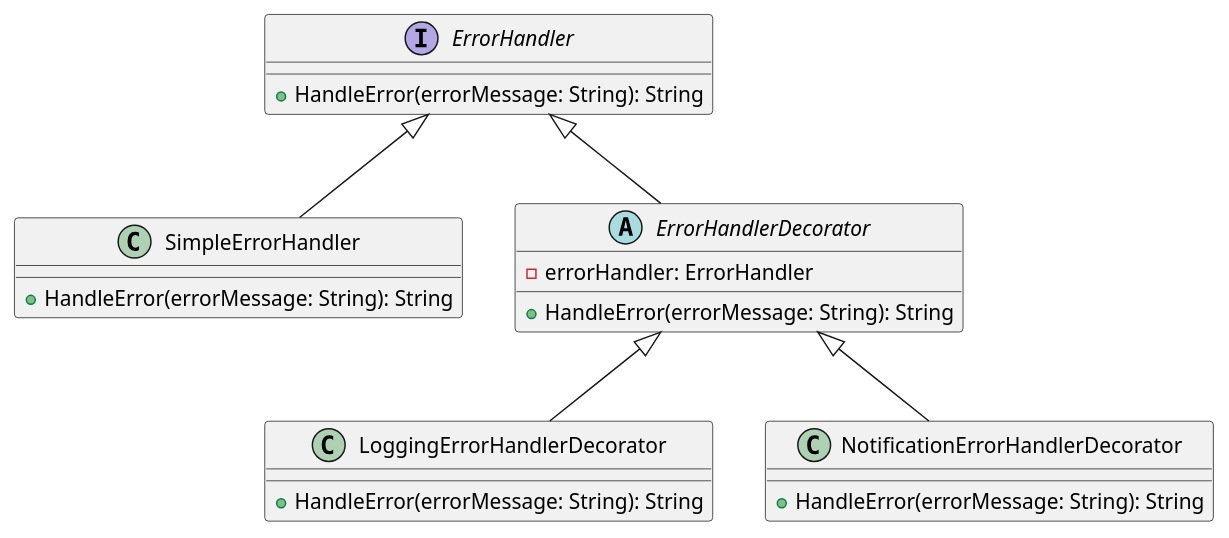
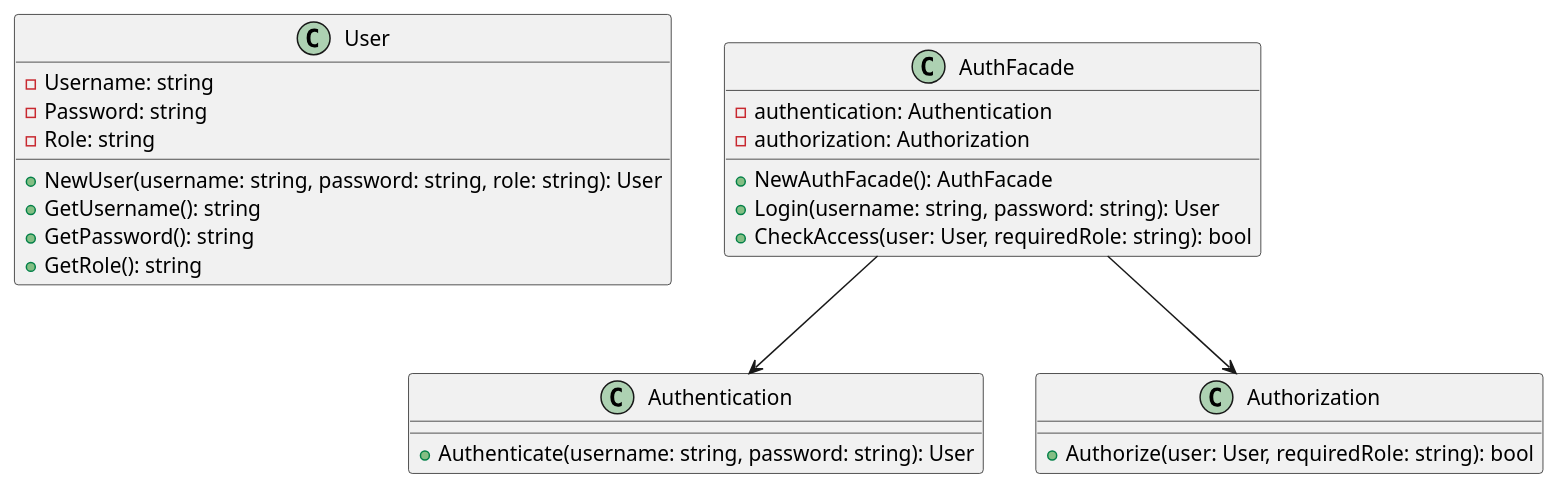
Before and after one commit to andrewovchinnikov/design-patterns: the diagram in klassifikaciya-patternov/structural-patterns/fasad-facade/primery/autentifikaciya-i-avtorizaciya/go.md, drawn with PlantUML. The commit also changed other lines of this file and 1 other file, not shown here.

````diff
--- a/klassifikaciya-patternov/structural-patterns/fasad-facade/primery/autentifikaciya-i-avtorizaciya/go.md
+++ b/klassifikaciya-patternov/structural-patterns/fasad-facade/primery/autentifikaciya-i-avtorizaciya/go.md
@@ -123,29 +130,34 @@
 ```plantuml
 @startuml
-interface ErrorHandler {
-    +HandleError(errorMessage: String): String
+
+class User {
+    -Username: string
+    -Password: string
+    -Role: string
+    +NewUser(username: string, password: string, role: string): User
+    +GetUsername(): string
+    +GetPassword(): string
+    +GetRole(): string
 }
 
-class SimpleErrorHandler {
-    +HandleError(errorMessage: String): String
+class Authentication {
+    +Authenticate(username: string, password: string): User
 }
 
-abstract class ErrorHandlerDecorator {
-    -errorHandler: ErrorHandler
-    +HandleError(errorMessage: String): String
+class Authorization {
+    +Authorize(user: User, requiredRole: string): bool
 }
 
-class LoggingErrorHandlerDecorator {
-    +HandleError(errorMessage: String): String
+class AuthFacade {
+    -authentication: Authentication
+    -authorization: Authorization
+    +NewAuthFacade(): AuthFacade
+    +Login(username: string, password: string): User
+    +CheckAccess(user: User, requiredRole: string): bool
 }
 
-class NotificationErrorHandlerDecorator {
-    +HandleError(errorMessage: String): String
-}
+AuthFacade --> Authentication
+AuthFacade --> Authorization
 
-ErrorHandler <|-- SimpleErrorHandler
-ErrorHandler <|-- ErrorHandlerDecorator
-ErrorHandlerDecorator <|-- LoggingErrorHandlerDecorator
-ErrorHandlerDecorator <|-- NotificationErrorHandlerDecorator
 @enduml
 ```
````
